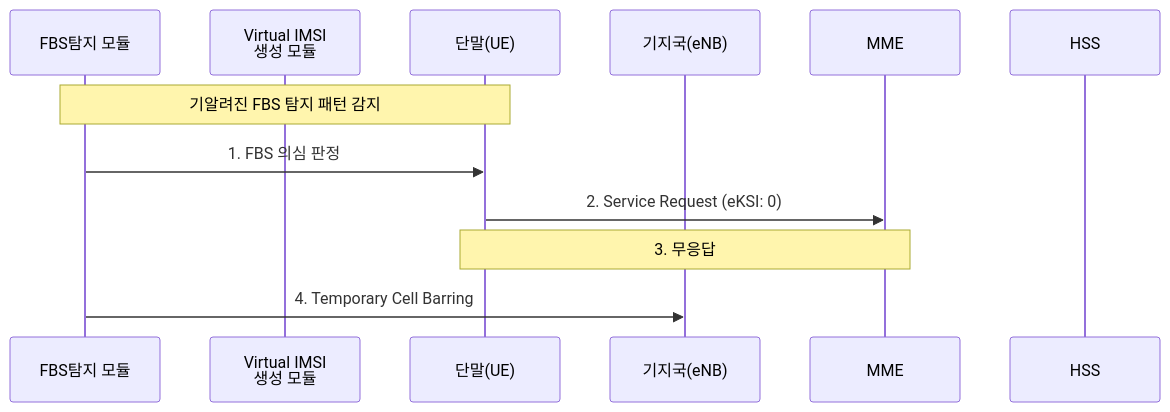
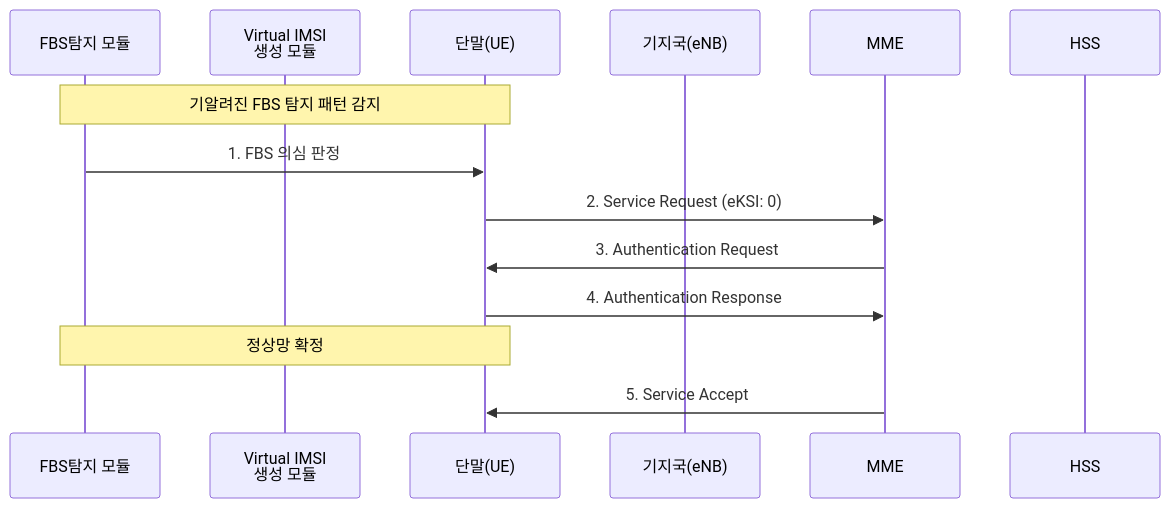
The diagram in sequence.md (brianrobo/new-idea-flow), drawn with Mermaid before and after one commit. The commit also changed other lines of this file, not shown here.

````diff
--- a/sequence.md
+++ b/sequence.md
@@ -26,15 +2,17 @@
 ```mermaid
 sequenceDiagram
     participant FBS as FBS탐지 모듈
     participant VIMSI as Virtual IMSI<br/>생성 모듈
     participant UE as 단말(UE)
     participant eNB as 기지국(eNB)
     participant MME as MME
     participant HSS as HSS
 
     Note over FBS,UE: 기알려진 FBS 탐지 패턴 감지
     FBS->>UE: 1. FBS 의심 판정
     UE->>MME: 2. Service Request (eKSI: 0)
-    Note over MME,UE: 3. 무응답
-    FBS->>eNB: 4. Temporary Cell Barring
+    MME->>UE: 3. Authentication Request
+    UE->>MME: 4. Authentication Response
+    Note over FBS,UE: 정상망 확정
+    MME->>UE: 5. Service Accept
 ```
````
